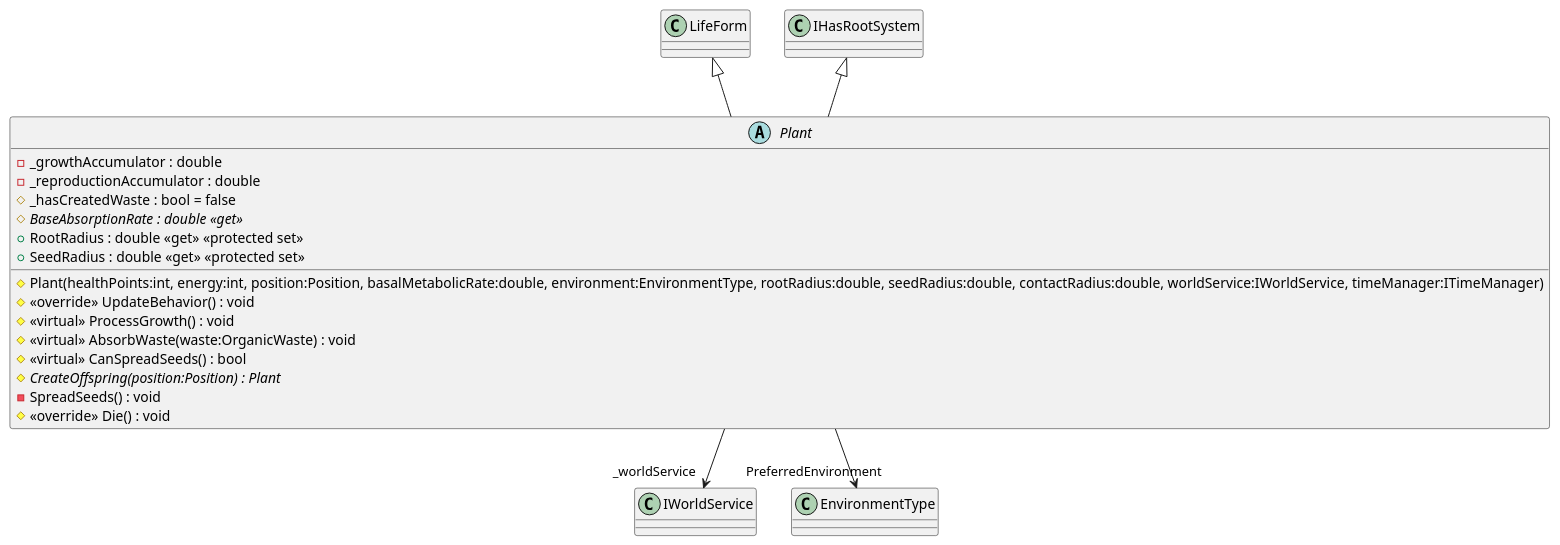
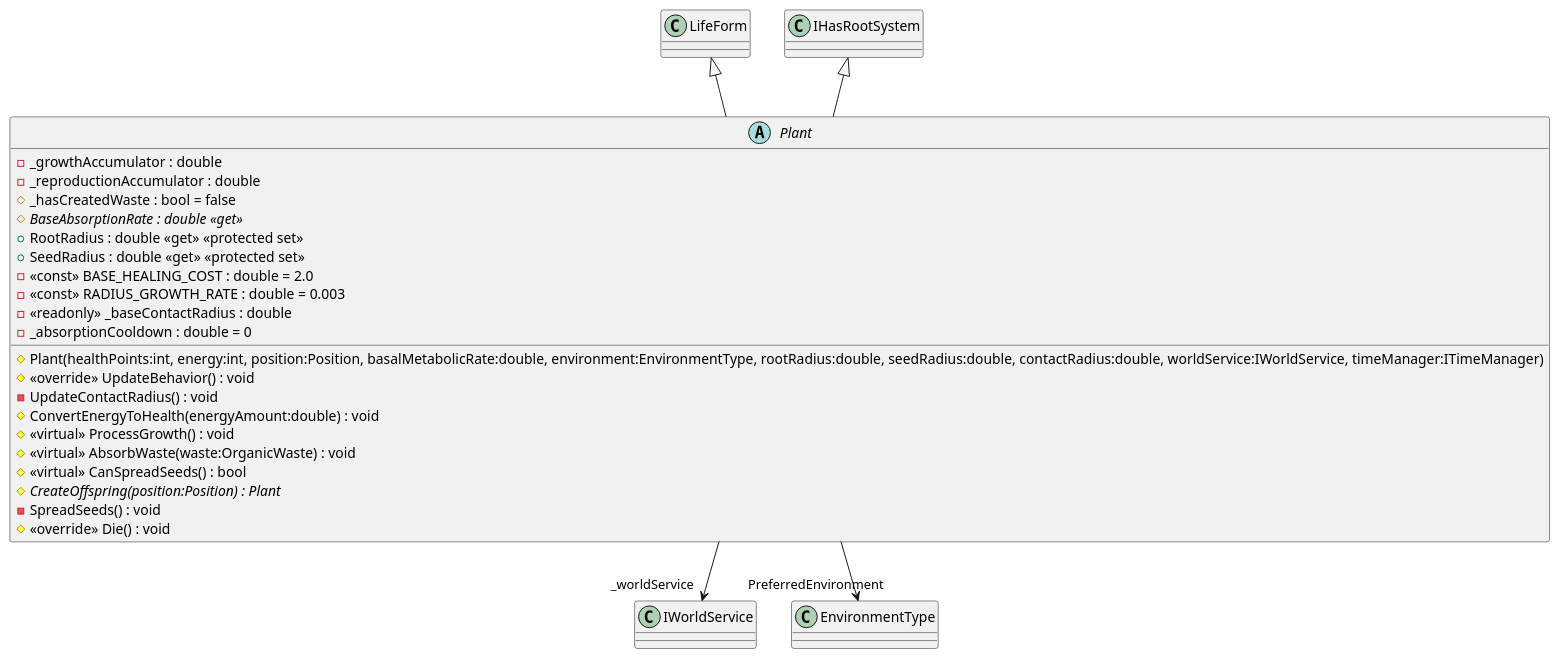
One commit to I42I/ecosystem changed the diagram in plantuml/Models/Entities/Plants/Plant.puml. Above: the diagram before and after it, drawn with PlantUML. The commit also changed 27 other files, not shown here.

```diff
--- a/plantuml/Models/Entities/Plants/Plant.puml
+++ b/plantuml/Models/Entities/Plants/Plant.puml
@@ -1,22 +1,28 @@
 @startuml
 abstract class Plant {
     - _growthAccumulator : double
     - _reproductionAccumulator : double
     # _hasCreatedWaste : bool = false
     # {abstract} BaseAbsorptionRate : double <<get>>
     + RootRadius : double <<get>> <<protected set>>
     + SeedRadius : double <<get>> <<protected set>>
+    - <<const>> BASE_HEALING_COST : double = 2.0
+    - <<const>> RADIUS_GROWTH_RATE : double = 0.003
+    - <<readonly>> _baseContactRadius : double
     # Plant(healthPoints:int, energy:int, position:Position, basalMetabolicRate:double, environment:EnvironmentType, rootRadius:double, seedRadius:double, contactRadius:double, worldService:IWorldService, timeManager:ITimeManager)
+    - _absorptionCooldown : double = 0
     # <<override>> UpdateBehavior() : void
+    - UpdateContactRadius() : void
+    # ConvertEnergyToHealth(energyAmount:double) : void
     # <<virtual>> ProcessGrowth() : void
     # <<virtual>> AbsorbWaste(waste:OrganicWaste) : void
     # <<virtual>> CanSpreadSeeds() : bool
     # {abstract} CreateOffspring(position:Position) : Plant
     - SpreadSeeds() : void
     # <<override>> Die() : void
 }
 LifeForm <|-- Plant
 IHasRootSystem <|-- Plant
 Plant --> "_worldService" IWorldService
 Plant --> "PreferredEnvironment" EnvironmentType
 @enduml
```
